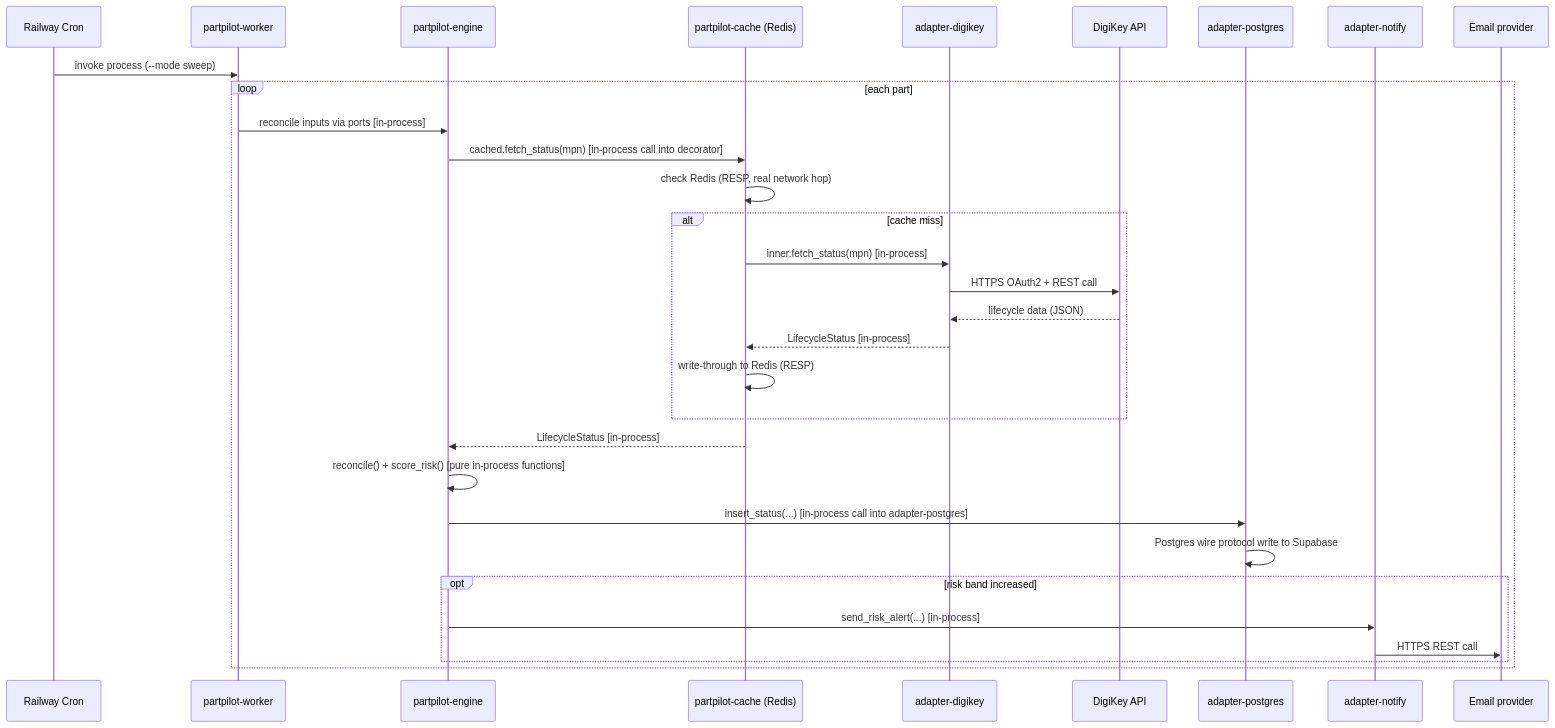
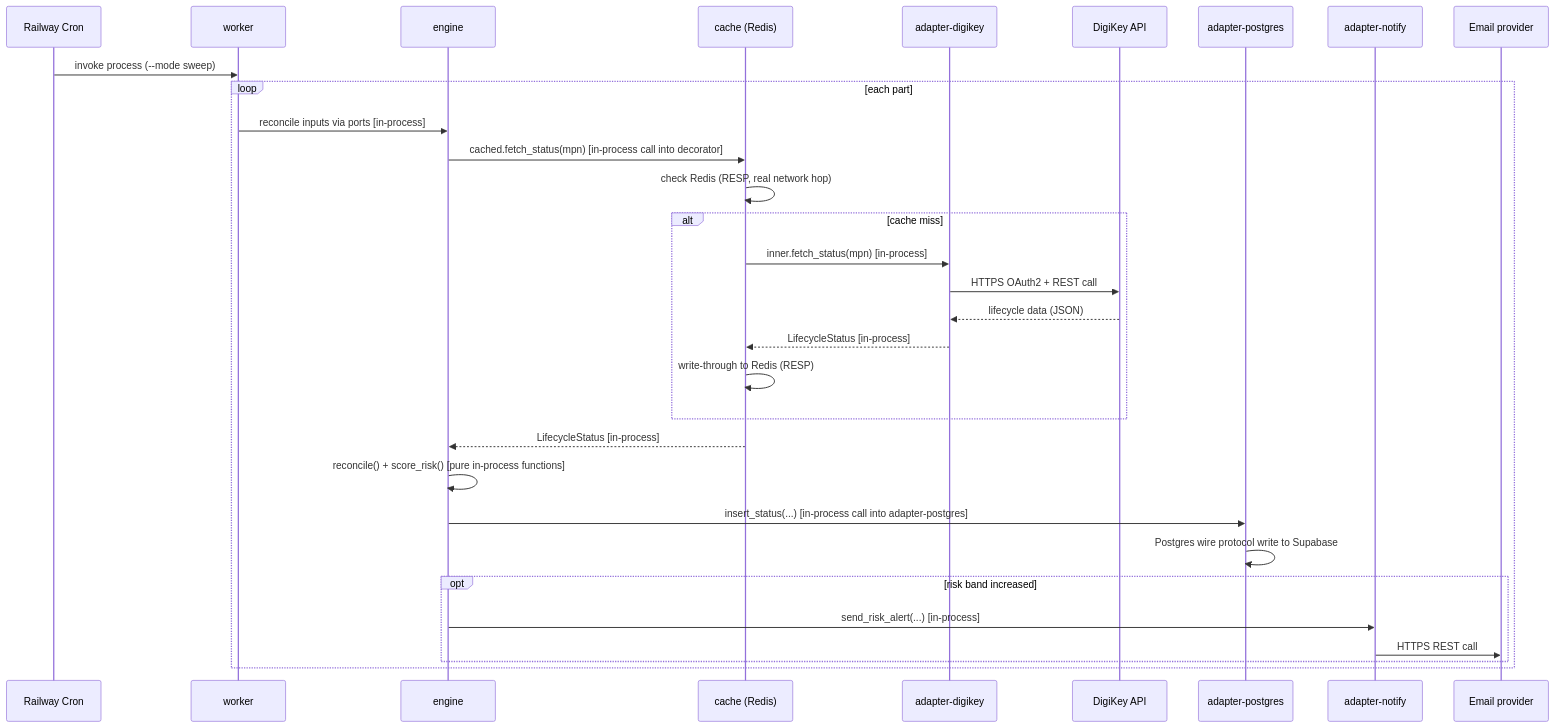
The second of 2 diagrams in docs/partpilot-component-protocols.md (partpilot-in/partpilot), drawn with Mermaid before and after one commit. The commit also changed other lines of this file and 201 other files, not shown here.

````diff
--- a/docs/partpilot-component-protocols.md
+++ b/docs/partpilot-component-protocols.md
@@ -131,34 +131,34 @@
 ```mermaid
 sequenceDiagram
     participant Cron as Railway Cron
-    participant W as partpilot-worker
-    participant E as partpilot-engine
-    participant Cache as partpilot-cache (Redis)
+    participant W as worker
+    participant E as engine
+    participant Cache as cache (Redis)
     participant DK as adapter-digikey
     participant Ext as DigiKey API
     participant R as adapter-postgres
     participant N as adapter-notify
     participant Mail as Email provider
 
     Cron->>W: invoke process (--mode sweep)
     loop each part
         W->>E: reconcile inputs via ports  [in-process]
         E->>Cache: cached.fetch_status(mpn)  [in-process call into decorator]
         Cache->>Cache: check Redis (RESP, real network hop)
         alt cache miss
             Cache->>DK: inner.fetch_status(mpn)  [in-process]
             DK->>Ext: HTTPS OAuth2 + REST call
             Ext-->>DK: lifecycle data (JSON)
             DK-->>Cache: LifecycleStatus  [in-process]
             Cache->>Cache: write-through to Redis (RESP)
         end
         Cache-->>E: LifecycleStatus  [in-process]
         E->>E: reconcile() + score_risk()  [pure in-process functions]
         E->>R: insert_status(...)  [in-process call into adapter-postgres]
         R->>R: Postgres wire protocol write to Supabase
         opt risk band increased
             E->>N: send_risk_alert(...)  [in-process]
             N->>Mail: HTTPS REST call
         end
     end
 ```
````
